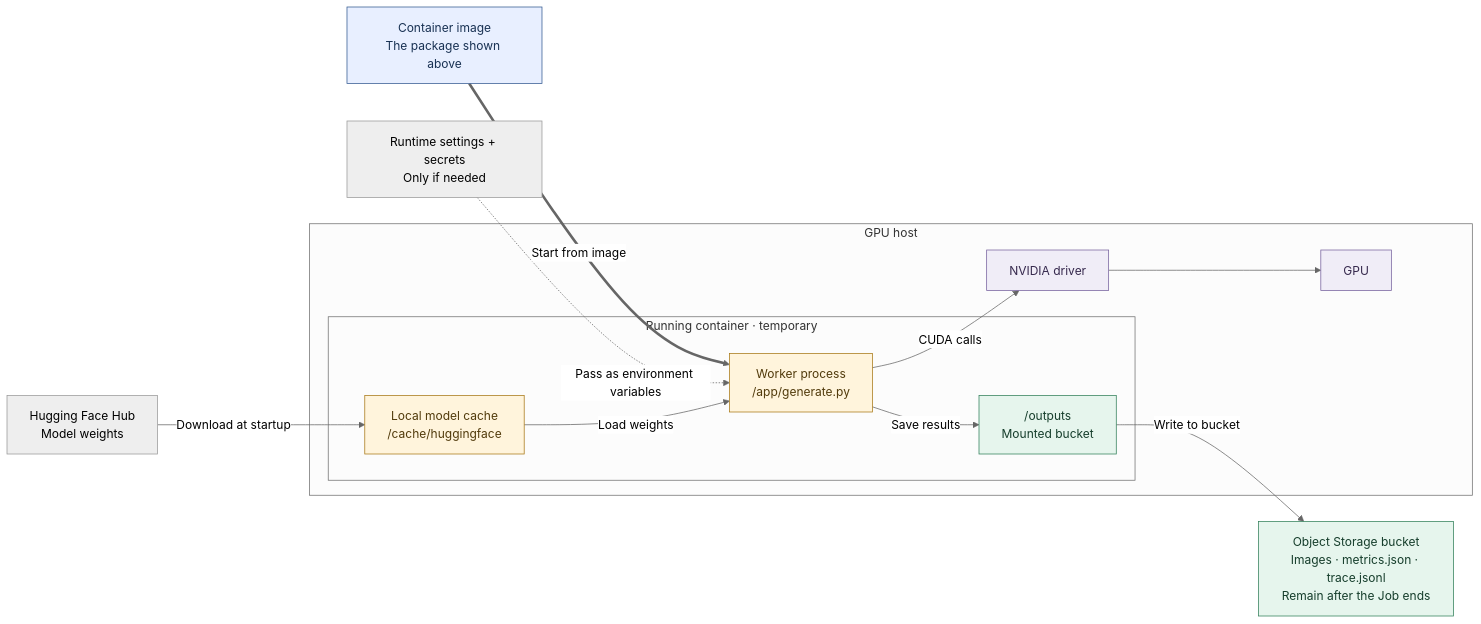
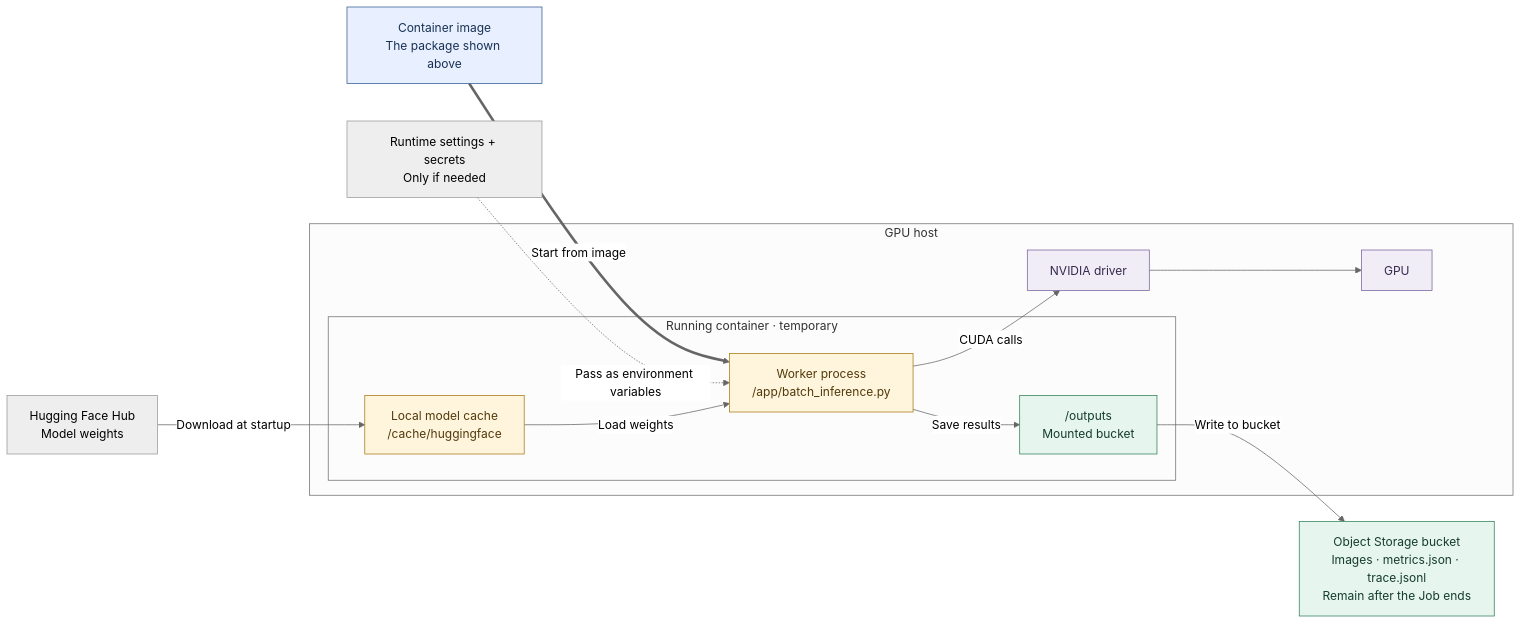
The second of 2 diagrams in 01-consistent-media-generation-on-serverless-gpus/03-containers.md (mnrozhkov/production-ai-agents-for-media-generation), drawn with Mermaid (neutral theme) before and after one commit. The commit also changed other lines of this file and 14 other files, not shown here.

````diff
--- a/01-consistent-media-generation-on-serverless-gpus/03-containers.md
+++ b/01-consistent-media-generation-on-serverless-gpus/03-containers.md
@@ -75,36 +77,36 @@
 ```mermaid
 flowchart LR
     image["Container image<br/>The package shown above"]
     secrets["Runtime settings + secrets<br/>Only if needed"]
     hub["Hugging Face Hub<br/>Model weights"]
 
     subgraph host["GPU host"]
         subgraph container["Running container · temporary"]
-            app["Worker process<br/>/app/generate.py"]
+            app["Worker process<br/>/app/batch_inference.py"]
             cache["Local model cache<br/>/cache/huggingface"]
             out["/outputs<br/>Mounted bucket"]
         end
         driver["NVIDIA driver"]
         gpu["GPU"]
         app -->|"CUDA calls"| driver
         driver --> gpu
     end
 
     bucket["Object Storage bucket<br/>Images · metrics.json · trace.jsonl<br/>Remain after the Job ends"]
 
     image ==>|"Start from image"| app
     secrets -.->|"Pass as environment variables"| app
     hub -->|"Download at startup"| cache
     cache -->|"Load weights"| app
     app -->|"Save results"| out
     out -->|"Write to bucket"| bucket
 
     classDef packaged fill:#e8efff,stroke:#345a91,color:#183153
     classDef temporary fill:#fff4dc,stroke:#a87816,color:#513a0b
     classDef persistent fill:#e6f5ed,stroke:#32805a,color:#153d2b
     classDef hardware fill:#f0edf7,stroke:#77629e,color:#36294d
     class image packaged
     class app,cache temporary
     class out,bucket persistent
     class driver,gpu hardware
 ```
````
